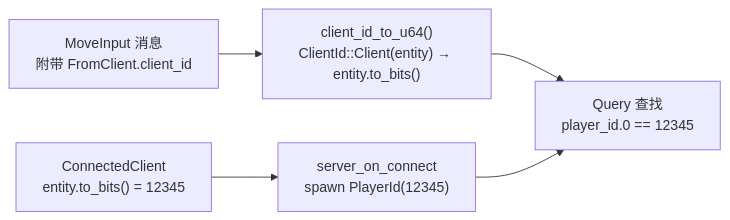
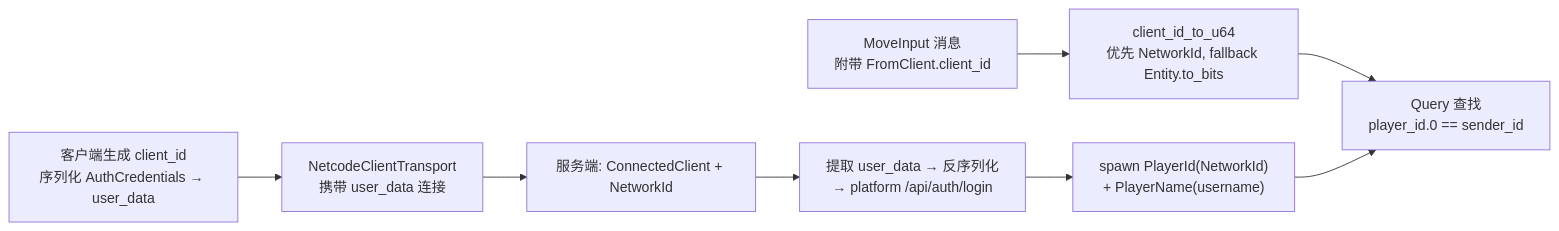
The fourth of 4 diagrams in LEARN.md (kindywu/simple_bevy), drawn with Mermaid before and after one commit. The commit also changed other lines of this file, not shown here.

````diff
--- a/LEARN.md
+++ b/LEARN.md
@@ -1704,13 +1356,15 @@
 ```mermaid
 graph LR
-    CE["ConnectedClient<br/>entity.to_bits() = 12345"]
-    SPAWN["server_on_connect<br/>spawn PlayerId(12345)"]
+    CLIENT["客户端生成 client_id<br/>序列化 AuthCredentials → user_data"]
+    RENET["NetcodeClientTransport<br/>携带 user_data 连接"]
+    CE["服务端: ConnectedClient + NetworkId"]
+    AUTH["提取 user_data → 反序列化<br/>→ platform /api/auth/login"]
+    SPAWN["spawn PlayerId(NetworkId)<br/>+ PlayerName(username)"]
     MSG["MoveInput 消息<br/>附带 FromClient.client_id"]
-    MAP["client_id_to_u64()<br/>ClientId::Client(entity) → entity.to_bits()"]
-    Q["Query 查找<br/>player_id.0 == 12345"]
+    MAP["client_id_to_u64<br/>优先 NetworkId, fallback Entity.to_bits"]
+    Q["Query 查找<br/>player_id.0 == sender_id"]
 
-    CE --> SPAWN
-    MSG --> MAP
-    MAP --> Q
+    CLIENT --> RENET --> CE --> AUTH --> SPAWN
+    MSG --> MAP --> Q
     SPAWN --> Q
 ```
````
